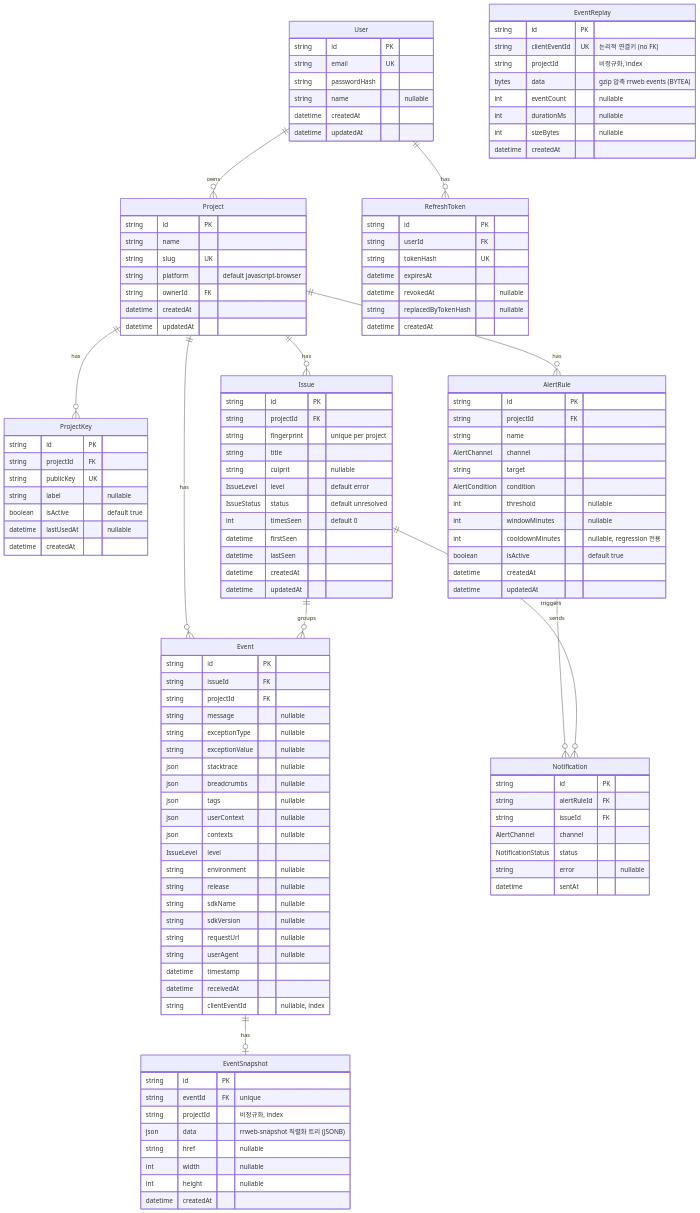
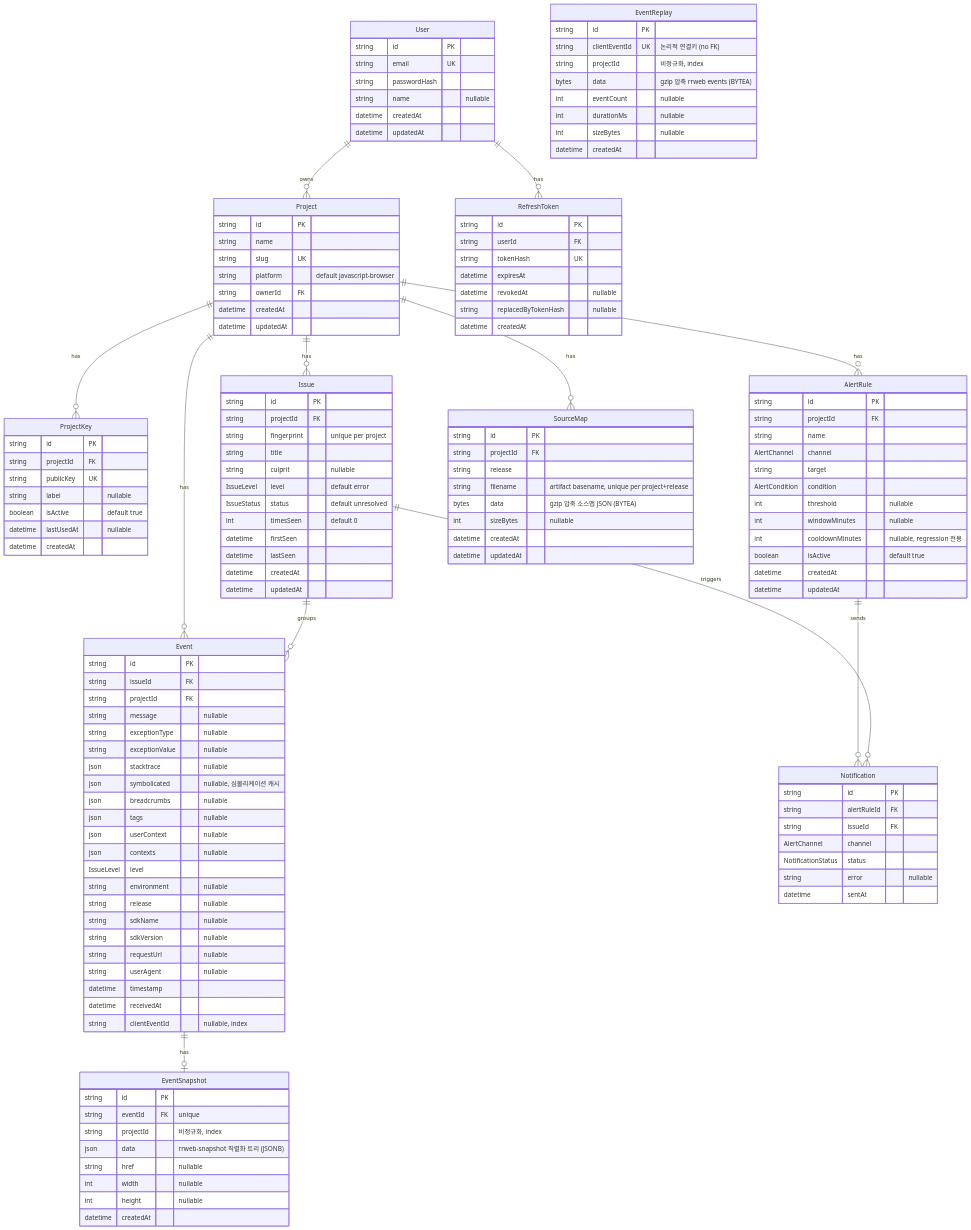
Before and after one commit to SSSunmin/errorTracking2: the diagram in knowledge/database/erd.md, drawn with Mermaid. The commit also changed other lines of this file and 26 other files, not shown here.

First line of the commit message:
feat(symbolication): add source map upload and lazy stacktrace symbolication

```diff
--- a/knowledge/database/erd.md
+++ b/knowledge/database/erd.md
@@ -19,6 +19,7 @@
     Project ||--o{ Issue : has
     Project ||--o{ Event : has
     Project ||--o{ AlertRule : has
+    Project ||--o{ SourceMap : has
     Issue ||--o{ Event : groups
     AlertRule ||--o{ Notification : sends
     Issue ||--o{ Notification : triggers
@@ -72,6 +73,7 @@
         string exceptionType "nullable"
         string exceptionValue "nullable"
         json stacktrace "nullable"
+        json symbolicated "nullable, 심볼리케이션 캐시"
         json breadcrumbs "nullable"
         json tags "nullable"
         json userContext "nullable"
@@ -86,6 +88,16 @@
         datetime timestamp
         datetime receivedAt
         string clientEventId "nullable, index"
+    }
+    SourceMap {
+        string id PK
+        string projectId FK
+        string release
+        string filename "artifact basename, unique per project+release"
+        bytes data "gzip 압축 소스맵 JSON (BYTEA)"
+        int sizeBytes "nullable"
+        datetime createdAt
+        datetime updatedAt
     }
     EventSnapshot {
         string id PK
```
